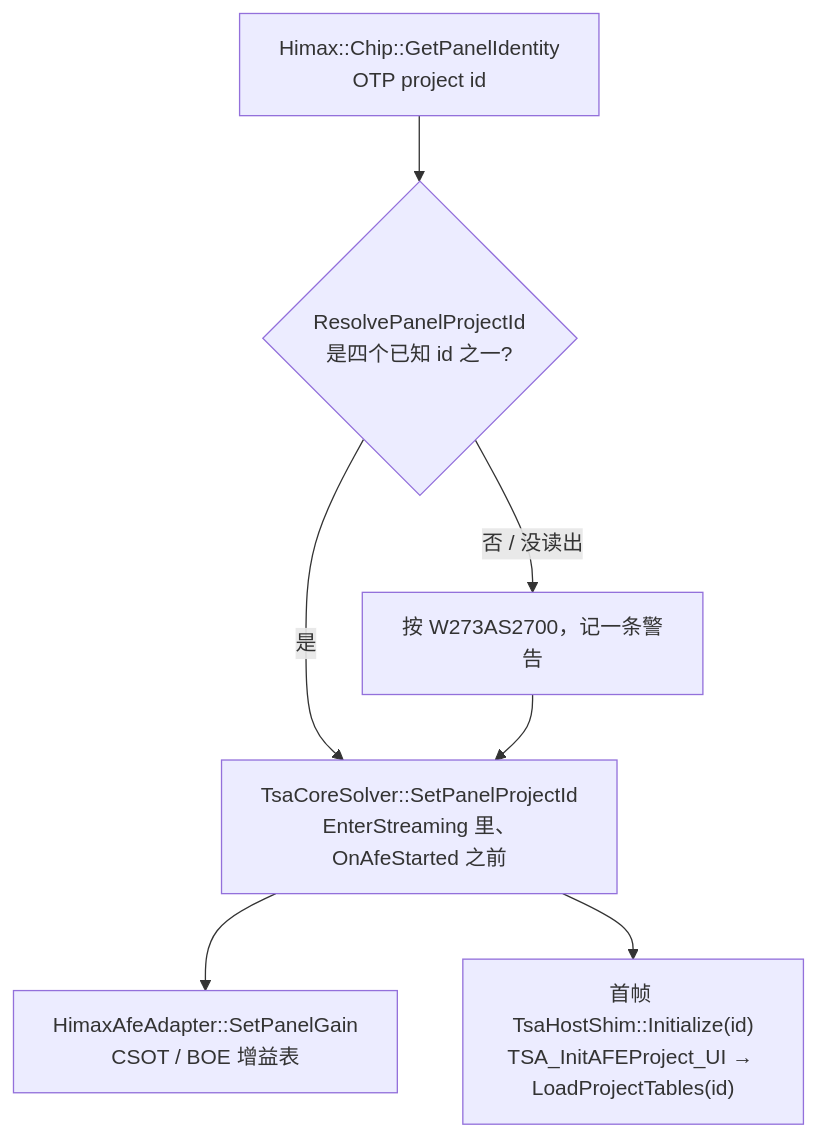
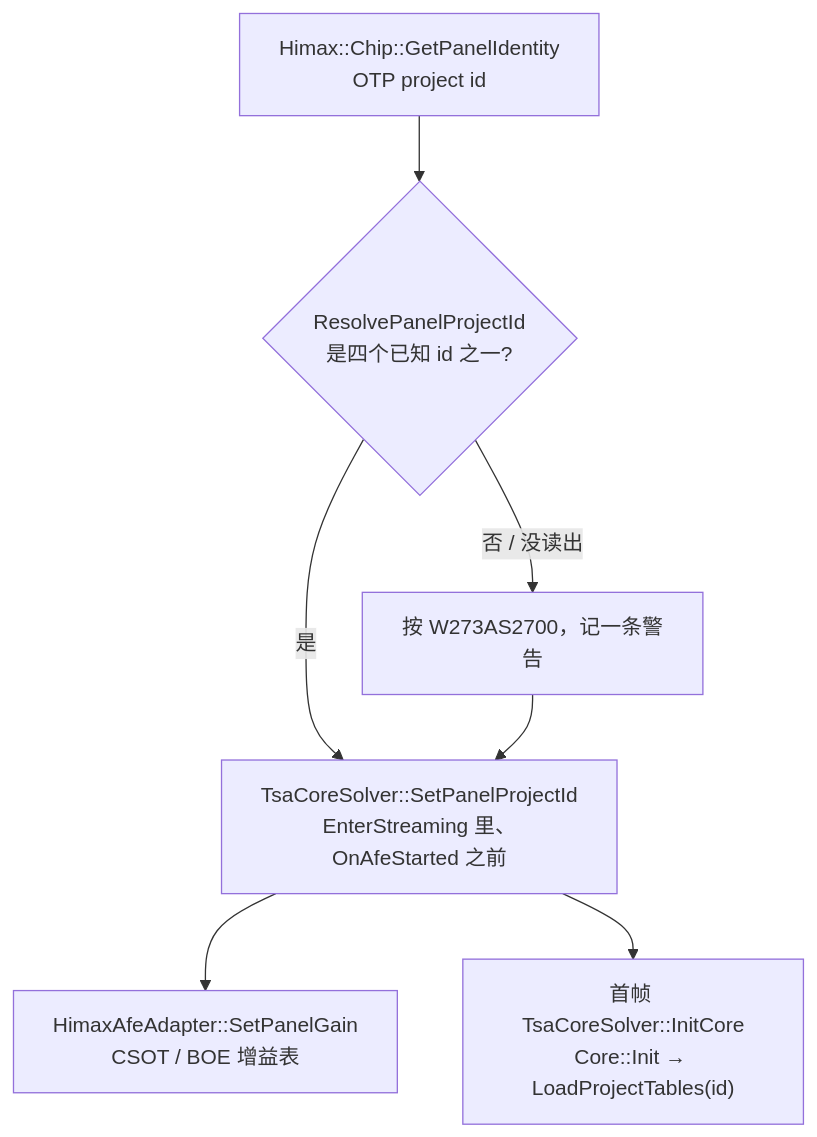
The seventh of 10 diagrams in docs/finger_algorithms/tsacore-raw-integration.md (awarson2233/EGoTouchRev), drawn with Mermaid before and after one commit. The commit also changed other lines of this file and 34 other files, not shown here.

First line of the commit message:
refactor(tsacore): 宿主接口改成类型化的 TsaCore.h，删掉 shim 与核里的死代码

````diff
--- a/docs/finger_algorithms/tsacore-raw-integration.md
+++ b/docs/finger_algorithms/tsacore-raw-integration.md
@@ -264,9 +263,9 @@
     ```mermaid
     flowchart TD
         OTP["Himax::Chip::GetPanelIdentity<br/>OTP project id"] --> R{"ResolvePanelProjectId<br/>是四个已知 id 之一?"}
         R -- 否 / 没读出 --> DF["按 W273AS2700，记一条警告"]
         R -- 是 --> S
         DF --> S["TsaCoreSolver::SetPanelProjectId<br/>EnterStreaming 里、OnAfeStarted 之前"]
         S --> G["HimaxAfeAdapter::SetPanelGain<br/>CSOT / BOE 增益表"]
-        S --> I["首帧 TsaHostShim::Initialize(id)<br/>TSA_InitAFEProject_UI → LoadProjectTables(id)"]
+        S --> I["首帧 TsaCoreSolver::InitCore<br/>Core::Init → LoadProjectTables(id)"]
     ```
````
